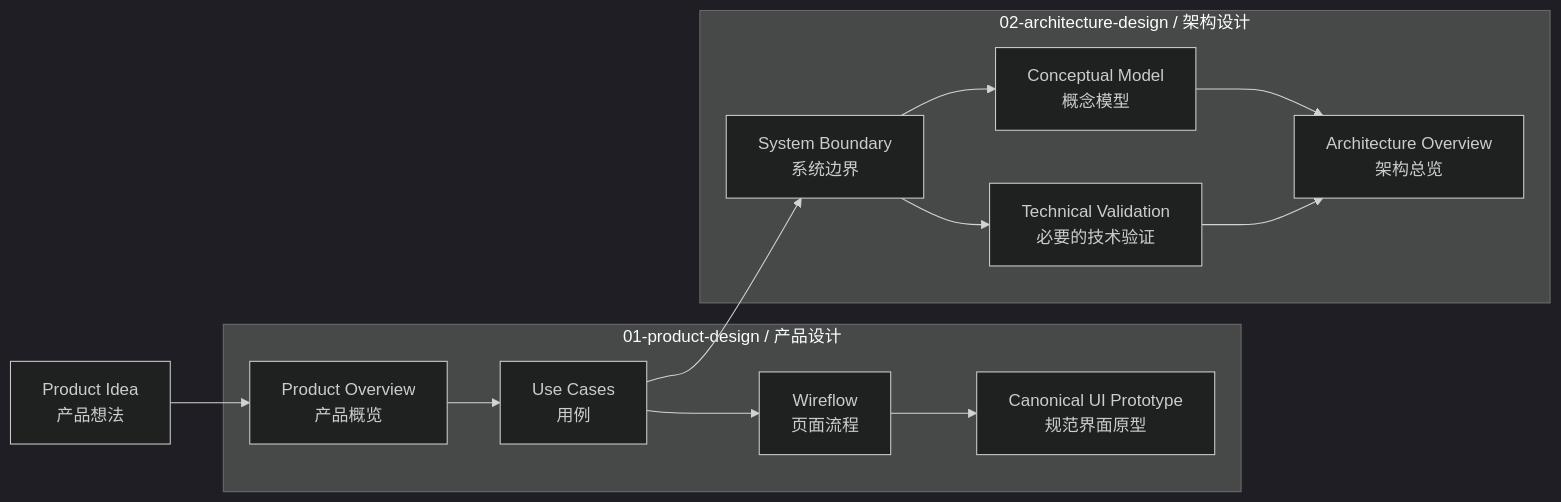
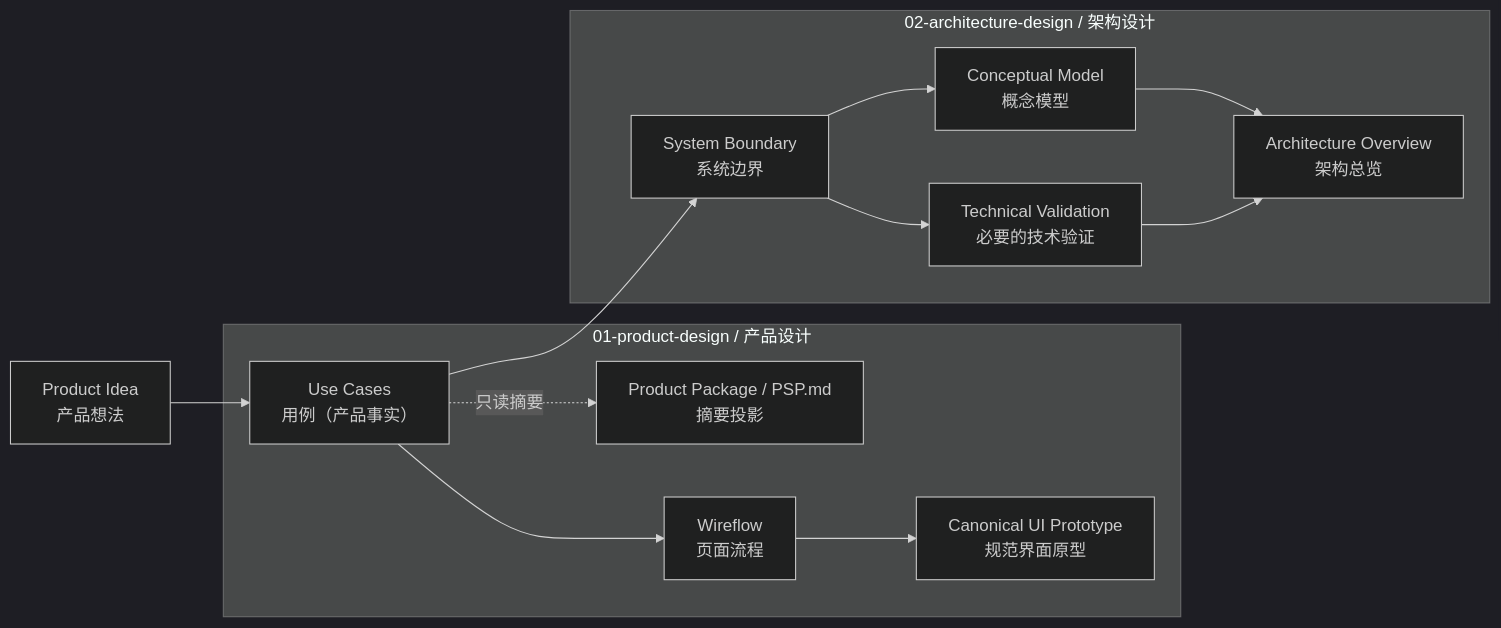
Before and after one commit to bigsmartben/pre-sdd: the first of 2 diagrams in QUICKSTART.md, drawn with Mermaid (dark theme). The commit also changed other lines of this file and 26 other files, not shown here.

Commit message:
refactor(product-design): derive product package from use cases

````diff
--- a/QUICKSTART.md
+++ b/QUICKSTART.md
@@ -7,17 +7,17 @@
 ```mermaid
 flowchart LR
     I["Product Idea<br/>产品想法"]
     subgraph P["01-product-design / 产品设计"]
-        O["Product Overview<br/>产品概览"] --> U["Use Cases<br/>用例"]
+        U["Use Cases<br/>用例（产品事实）"] -.只读摘要.-> O["Product Package / PSP.md<br/>摘要投影"]
         U --> W["Wireflow<br/>页面流程"]
         W --> C["Canonical UI Prototype<br/>规范界面原型"]
     end
     subgraph A["02-architecture-design / 架构设计"]
         S["System Boundary<br/>系统边界"] --> M["Conceptual Model<br/>概念模型"]
         S --> T["Technical Validation<br/>必要的技术验证"]
         M --> R["Architecture Overview<br/>架构总览"]
         T --> R
     end
-    I --> O
+    I --> U
     U --> S
 ```
````
